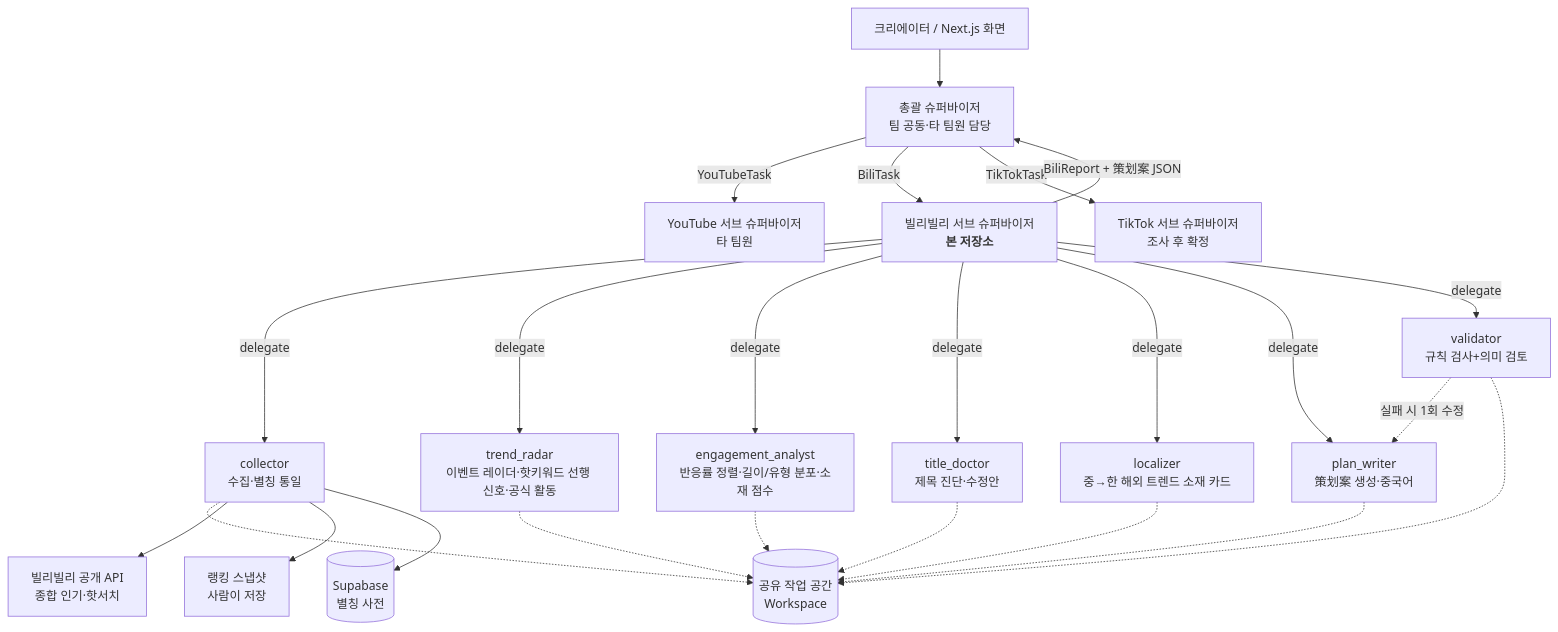
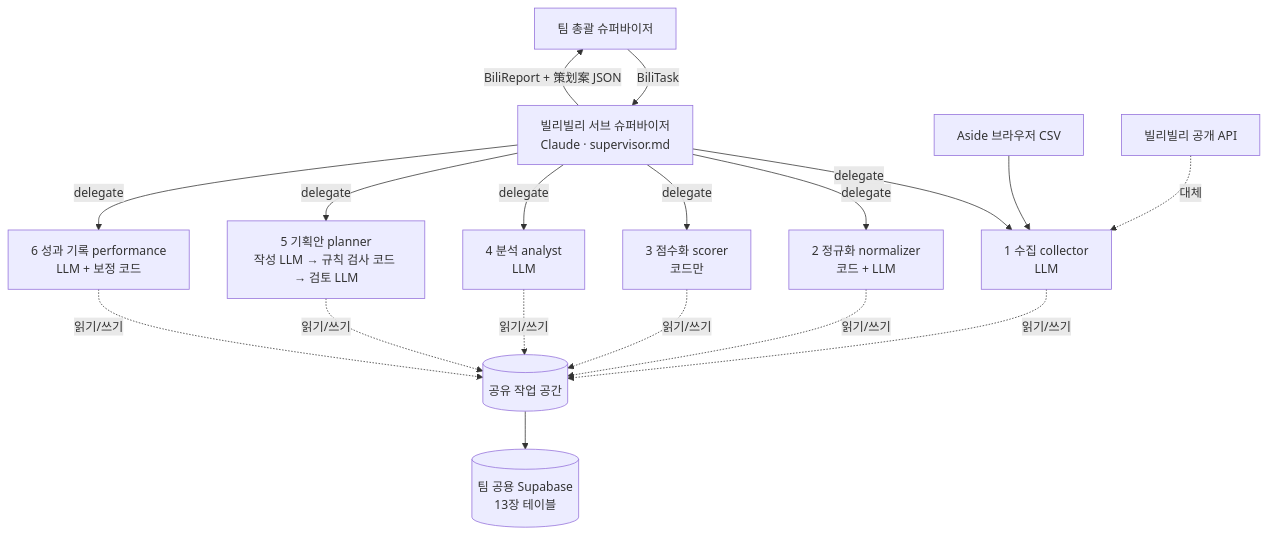
One commit to Garyklay28/bilibili-supervisor-agent changed the diagram in docs/architecture.md. Above: the diagram before and after it, drawn with Mermaid. The commit also changed other lines of this file and 37 other files, not shown here.

First line of the commit message:
수직 구조 에이전트 6개로 재구성 (기획안 12장) + Aside CSV 수집 + 팀 공용 DB(13장)

````diff
--- a/docs/architecture.md
+++ b/docs/architecture.md
@@ -9,26 +19,15 @@
 ```mermaid
 flowchart TD
-    U[크리에이터 / Next.js 화면] --> TOP[총괄 슈퍼바이저<br/>팀 공동·타 팀원 담당]
-    TOP -->|YouTubeTask| YT[YouTube 서브 슈퍼바이저<br/>타 팀원]
-    TOP -->|BiliTask| BS[빌리빌리 서브 슈퍼바이저<br/><b>본 저장소</b>]
-    TOP -->|TikTokTask| TT[TikTok 서브 슈퍼바이저<br/>조사 후 확정]
-    BS -->|delegate| C[collector<br/>수집·별칭 통일]
-    BS -->|delegate| R[trend_radar<br/>이벤트 레이더·핫키워드 선행 신호·공식 활동]
-    BS -->|delegate| E[engagement_analyst<br/>반응률 정렬·길이/유형 분포·소재 점수]
-    BS -->|delegate| T[title_doctor<br/>제목 진단·수정안]
-    BS -->|delegate| L[localizer<br/>중→한 해외 트렌드 소재 카드]
-    BS -->|delegate| P[plan_writer<br/>策划案 생성·중국어]
-    BS -->|delegate| V[validator<br/>규칙 검사+의미 검토]
-    V -.->|실패 시 1회 수정| P
-    BS -->|BiliReport + 策划案 JSON| TOP
-    C -.-> WS[(공유 작업 공간<br/>Workspace)]
-    R -.-> WS
-    E -.-> WS
-    T -.-> WS
-    L -.-> WS
-    P -.-> WS
-    V -.-> WS
-    C --> API[빌리빌리 공개 API<br/>종합 인기·핫서치]
-    C --> SNAP[랭킹 스냅샷<br/>사람이 저장]
-    C --> SB[(Supabase<br/>별칭 사전)]
+    TOP[팀 총괄 슈퍼바이저] -->|BiliTask| S[빌리빌리 서브 슈퍼바이저<br/>Claude · supervisor.md]
+    S -->|delegate| A1[1 수집 collector<br/>LLM]
+    S -->|delegate| A2[2 정규화 normalizer<br/>코드 + LLM]
+    S -->|delegate| A3[3 점수화 scorer<br/>코드만]
+    S -->|delegate| A4[4 분석 analyst<br/>LLM]
+    S -->|delegate| A5[5 기획안 planner<br/>작성 LLM → 규칙 검사 코드 → 검토 LLM]
+    S -->|delegate| A6[6 성과 기록 performance<br/>LLM + 보정 코드]
+    A1 & A2 & A3 & A4 & A5 & A6 -.읽기/쓰기.-> WS[(공유 작업 공간)]
+    ASIDE[Aside 브라우저 CSV] --> A1
+    API[빌리빌리 공개 API] -.대체.-> A1
+    WS --> DB[(팀 공용 Supabase<br/>13장 테이블)]
+    S -->|BiliReport + 策划案 JSON| TOP
 ```
````
